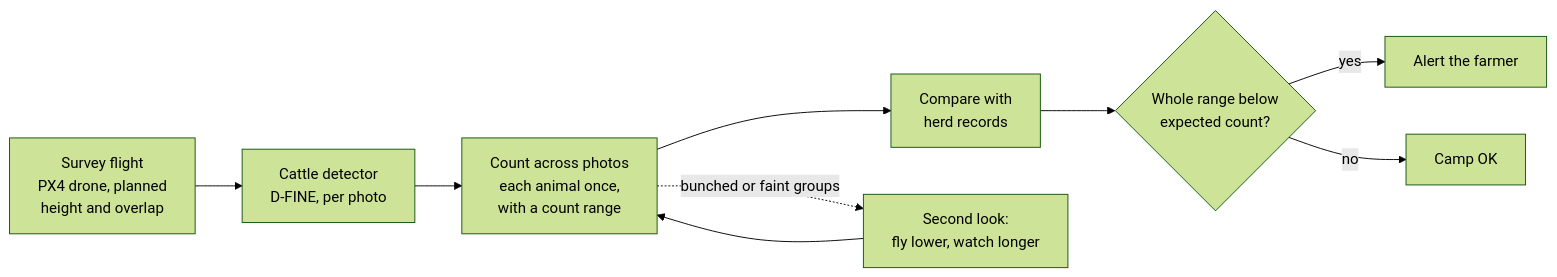
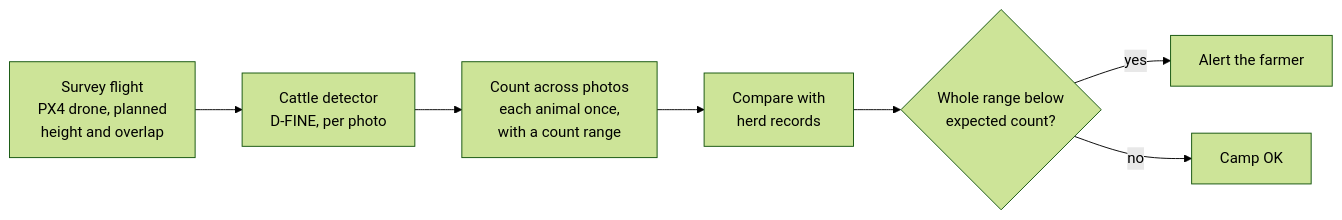
The diagram in README.md (LukeA77/HerdSight), drawn with Mermaid (forest theme) before and after one commit. The commit also changed other lines of this file, not shown here.

````diff
--- a/README.md
+++ b/README.md
@@ -14,11 +36,9 @@
 ```mermaid
 flowchart LR
     A[Survey flight<br/>PX4 drone, planned<br/>height and overlap] --> B[Cattle detector<br/>D-FINE, per photo]
     B --> C[Count across photos<br/>each animal once,<br/>with a count range]
     C --> D[Compare with<br/>herd records]
     D --> E{Whole range below<br/>expected count?}
     E -- yes --> F[Alert the farmer]
     E -- no --> G[Camp OK]
-    C -. bunched or faint groups .-> H[Second look:<br/>fly lower, watch longer]
-    H --> C
 ```
````
